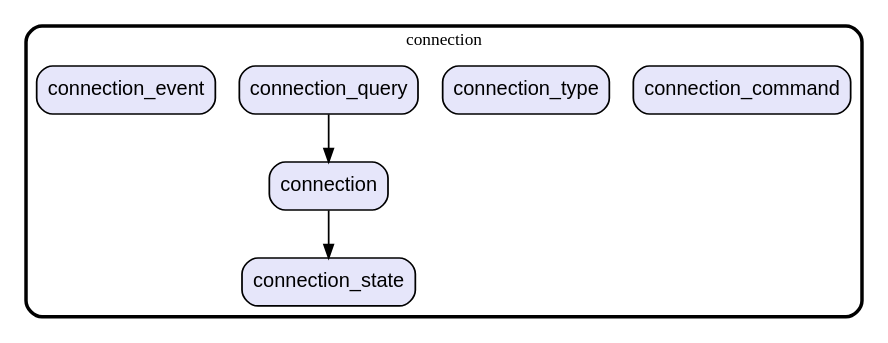
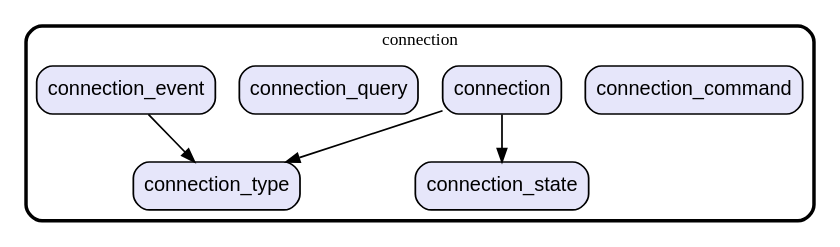
The diagram in graph/lib/core/connection.dot (gev/reacthome-mobile), drawn with Graphviz before and after one commit. The commit also changed 19 other files, not shown here.

Commit message:
update dependencies graph

```diff
--- a/graph/lib/core/connection.dot
+++ b/graph/lib/core/connection.dot
@@ -1,22 +1,23 @@
 digraph "" {
   graph [style=rounded fontname="Arial Black" fontsize=13 penwidth=2.6];
   node [shape=rect style="filled,rounded" fontname=Arial fontsize=15 fillcolor=Lavender penwidth=1.3];
   edge [penwidth=1.3];
   "/connection_command.dart" [label="connection_command"];
   "/connection_type.dart" [label="connection_type"];
   "/connection.dart" [label="connection"];
   "/connection_state.dart" [label="connection_state"];
   "/connection_query.dart" [label="connection_query"];
   "/connection_event.dart" [label="connection_event"];
   subgraph "cluster~" {
     label="connection";
     "/connection_command.dart";
     "/connection_type.dart";
     "/connection.dart";
     "/connection_state.dart";
     "/connection_query.dart";
     "/connection_event.dart";
   }
   "/connection.dart" -> "/connection_state.dart";
-  "/connection_query.dart" -> "/connection.dart";
+  "/connection.dart" -> "/connection_type.dart";
+  "/connection_event.dart" -> "/connection_type.dart";
 }
```
